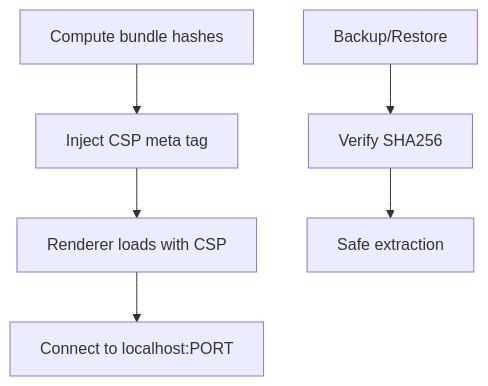
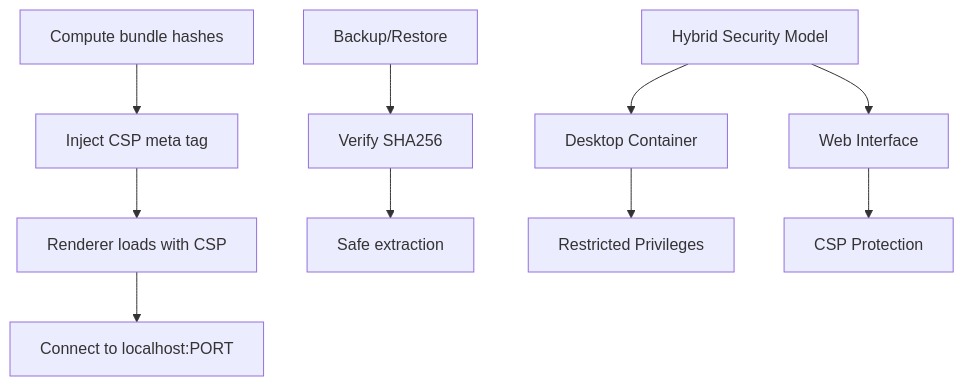
The ninth of 10 diagrams in .qoder/repowiki/en/content/Desktop Application Architecture/Desktop Application Architecture.md (yosefdc7/PharmaPOS), drawn with Mermaid before and after one commit. The commit also changed other lines of this file and 28 other files, not shown here.

````diff
--- a/.qoder/repowiki/en/content/Desktop Application Architecture/Desktop Application Architecture.md
+++ b/.qoder/repowiki/en/content/Desktop Application Architecture/Desktop Application Architecture.md
@@ -359,8 +398,12 @@
 ```mermaid
 flowchart TD
 CSP["Compute bundle hashes"] --> Meta["Inject CSP meta tag"]
 Meta --> Render["Renderer loads with CSP"]
 Render --> API["Connect to localhost:PORT"]
 Backup["Backup/Restore"] --> Integrity["Verify SHA256"]
 Integrity --> Extract["Safe extraction"]
+Hybrid["Hybrid Security Model"] --> Desktop["Desktop Container"]
+Hybrid --> Web["Web Interface"]
+Desktop --> Secure["Restricted Privileges"]
+Web --> CSP2["CSP Protection"]
 ```
````
